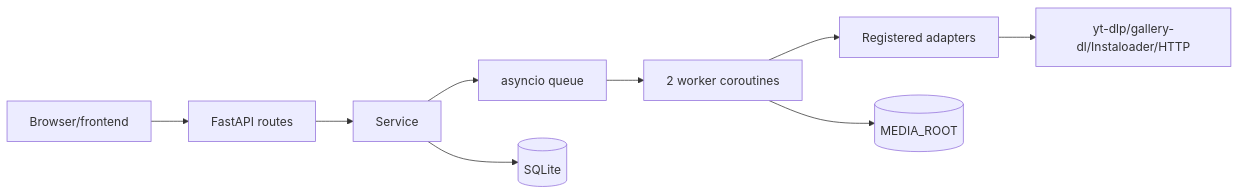
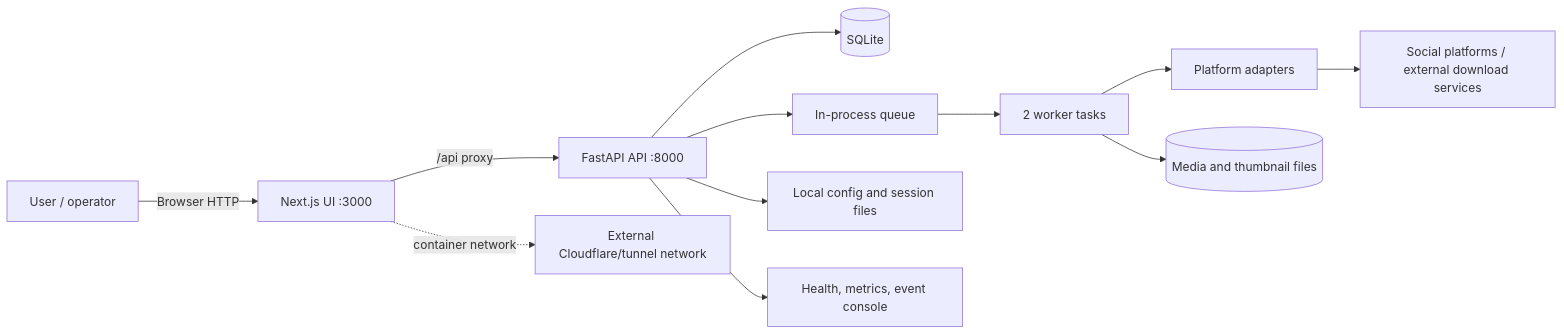
Before and after one commit to ekolancer/SocDownload: the first of 2 diagrams in docs/02-architecture/HLD.md, drawn with Mermaid. The commit also changed other lines of this file and 25 other files, not shown here.

````diff
--- a/docs/02-architecture/HLD.md
+++ b/docs/02-architecture/HLD.md
@@ -11,11 +17,14 @@
 ```mermaid
-flowchart LR
- B[Browser/frontend] --> A[FastAPI routes]
- A --> S[Service]
- S --> Q[asyncio queue]
- S --> DB[(SQLite)]
- Q --> W[2 worker coroutines]
- W --> AD[Registered adapters]
- AD --> E[yt-dlp/gallery-dl/Instaloader/HTTP]
- W --> FS[(MEDIA_ROOT)]
+graph LR
+    U[User / operator] -->|Browser HTTP| FE[Next.js UI :3000]
+    FE -->|/api proxy| API[FastAPI API :8000]
+    API --> DB[(SQLite)]
+    API --> Q[In-process queue]
+    Q --> W[2 worker tasks]
+    W --> AD[Platform adapters]
+    AD --> EXT[Social platforms / external download services]
+    W --> FS[(Media and thumbnail files)]
+    API --> CFG[Local config and session files]
+    API --> OBS[Health, metrics, event console]
+    FE -. container network .-> CF[External Cloudflare/tunnel network]
 ```
````
